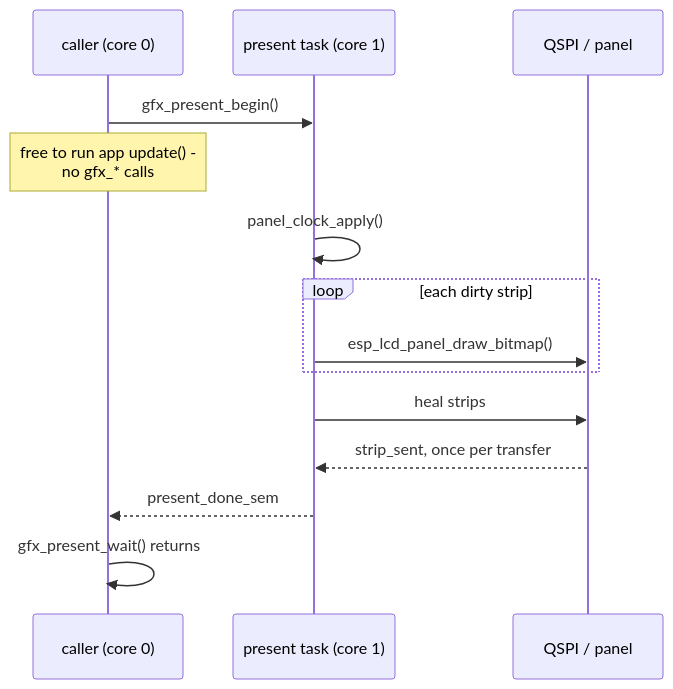
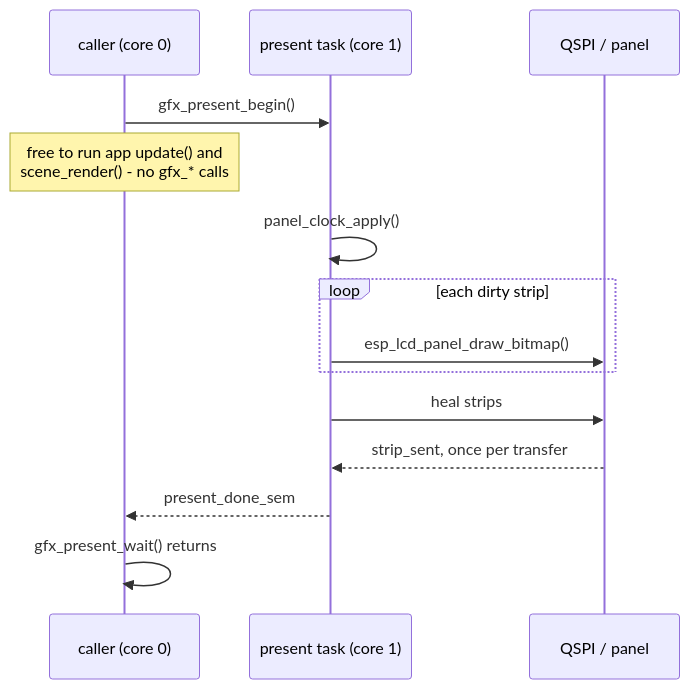
Before and after one commit to jose-villegas/autana: the third of 4 diagrams in docs/Gfx-and-Presentation.md, drawn with Mermaid. The commit also changed 21 other files, not shown here.

````diff
--- a/docs/Gfx-and-Presentation.md
+++ b/docs/Gfx-and-Presentation.md
@@ -146,16 +146,16 @@
 ```mermaid
 sequenceDiagram
     participant C as caller (core 0)
     participant P as present task (core 1)
     participant Q as QSPI / panel
     C->>P: gfx_present_begin()
-    Note over C: free to run app update() -<br/>no gfx_* calls
+    Note over C: free to run app update() and<br/>scene_render() - no gfx_* calls
     P->>P: panel_clock_apply()
     loop each dirty strip
         P->>Q: esp_lcd_panel_draw_bitmap()
     end
     P->>Q: heal strips
     Q-->>P: strip_sent, once per transfer
     P-->>C: present_done_sem
     C->>C: gfx_present_wait() returns
 ```
````
